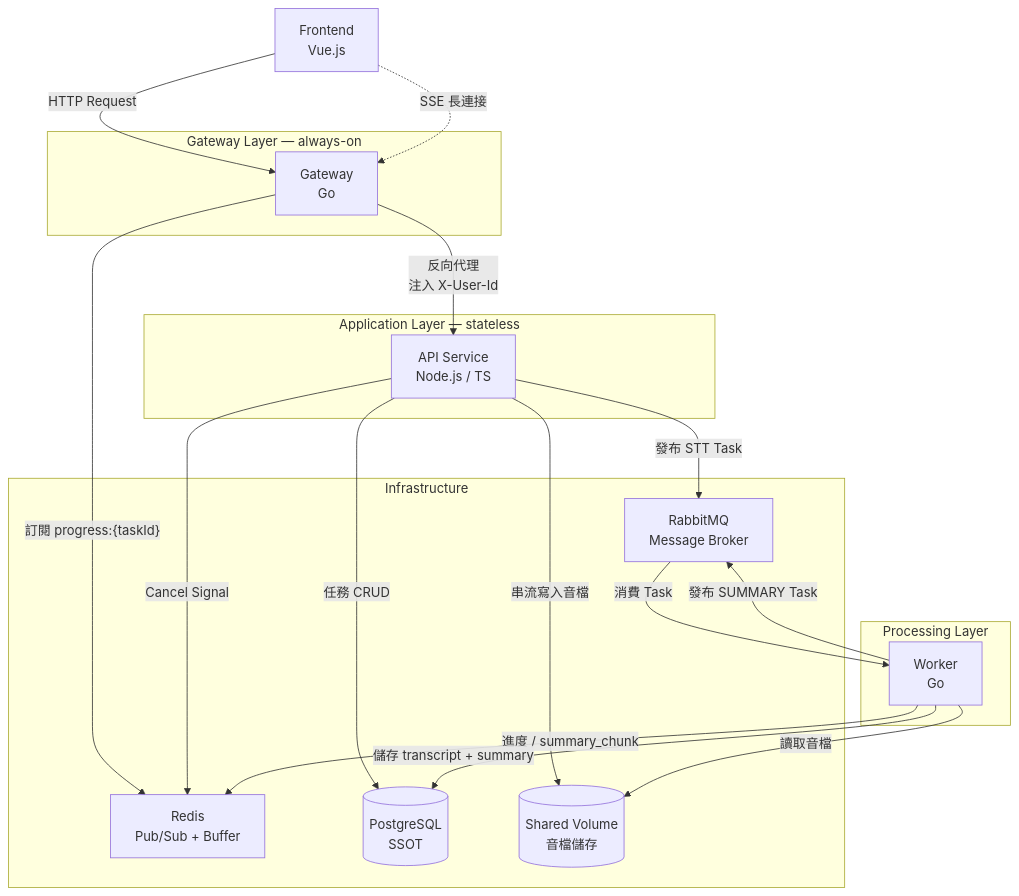
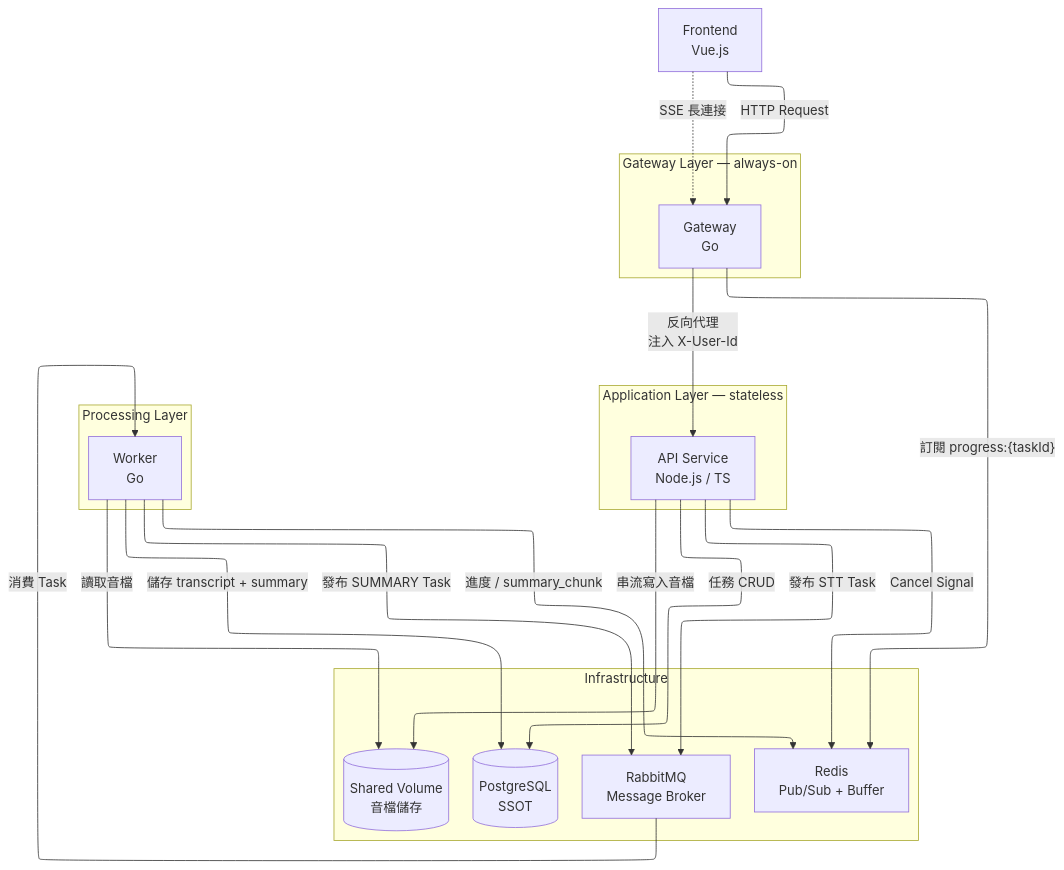
Before and after one commit to firehourse/stt-summarizer: the first of 5 diagrams in diagram.md, drawn with Mermaid. The commit also changed other lines of this file and 3 other files, not shown here.

Commit message:
docs: update documentation, system diagrams and environment templates

````diff
--- a/diagram.md
+++ b/diagram.md
@@ -22,39 +22,43 @@
 ```mermaid
+---
+config:
+  layout: elk
+---
 graph TB
     FE[Frontend<br/>Vue.js]
 
     subgraph "Gateway Layer — always-on"
         GW[Gateway<br/>Go]
     end
 
     subgraph "Application Layer — stateless"
         API[API Service<br/>Node.js / TS]
     end
 
     subgraph "Infrastructure"
         MQ[RabbitMQ<br/>Message Broker]
         RD[Redis<br/>Pub/Sub + Buffer]
         PG[(PostgreSQL<br/>SSOT)]
         VOL[(Shared Volume<br/>音檔儲存)]
     end
 
     subgraph "Processing Layer"
         WK[Worker<br/>Go]
     end
 
     FE -- "HTTP Request" --> GW
     FE -. "SSE 長連接" .-> GW
     GW -- "反向代理<br/>注入 X-User-Id" --> API
     GW -- "訂閱 progress:{taskId}" --> RD
 
     API -- "任務 CRUD" --> PG
     API -- "發布 STT Task" --> MQ
     API -- "Cancel Signal" --> RD
     API -- "串流寫入音檔" --> VOL
 
     MQ -- "消費 Task" --> WK
     WK -- "讀取音檔" --> VOL
     WK -- "進度 / summary_chunk" --> RD
     WK -- "儲存 transcript + summary" --> PG
     WK -- "發布 SUMMARY Task" --> MQ
 ```
````
